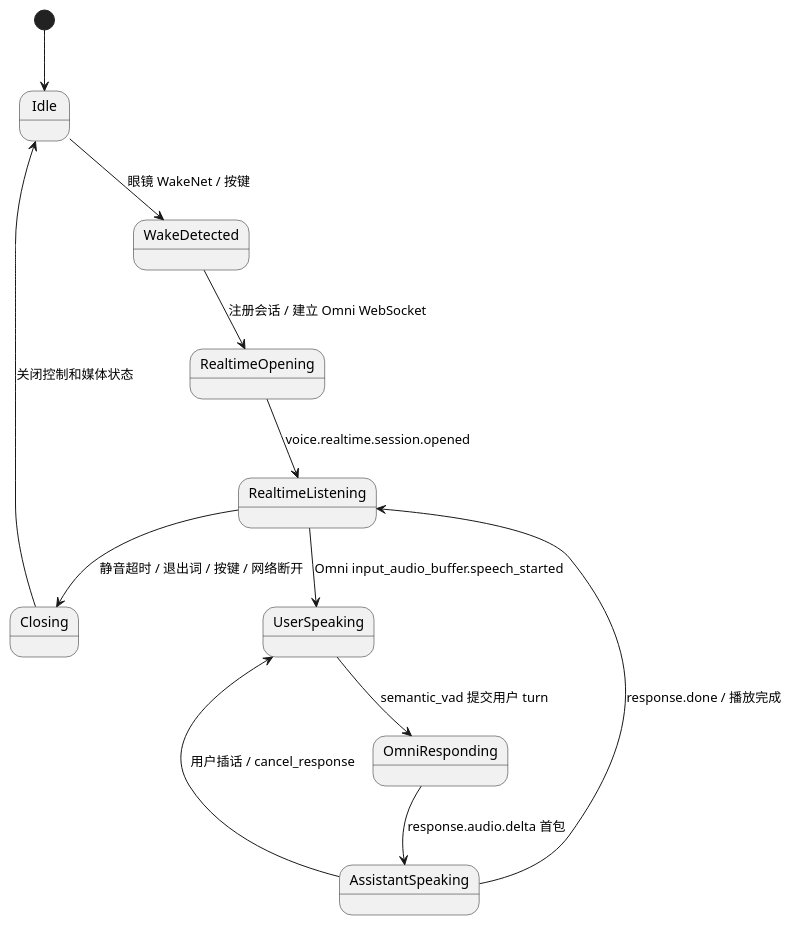
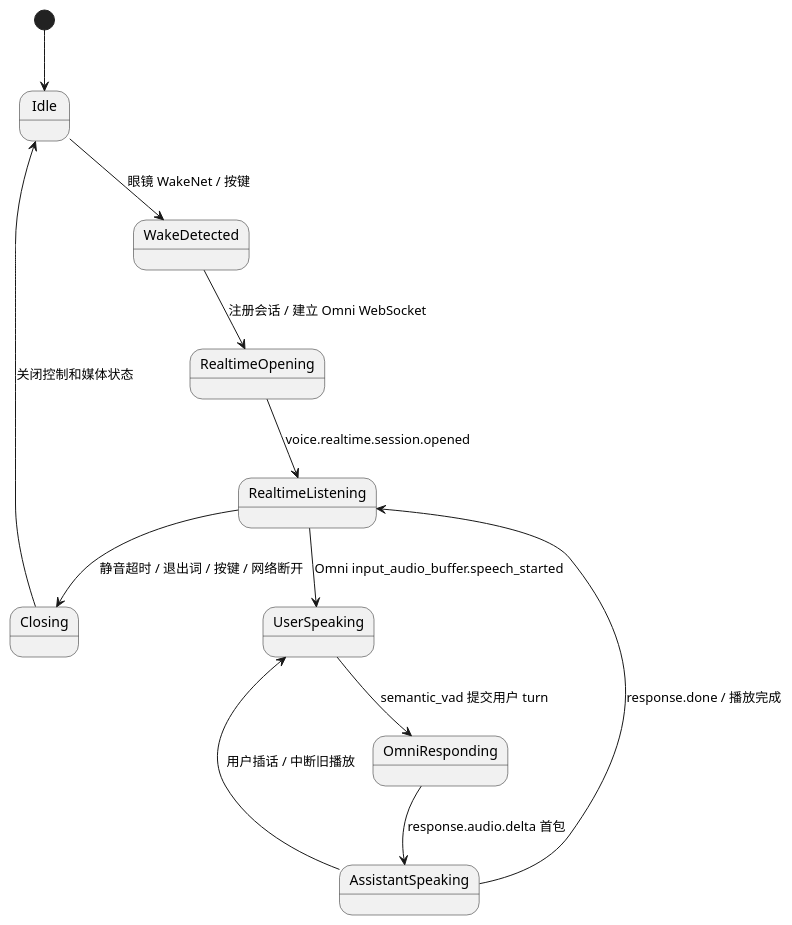
The first of 2 diagrams in openaiglass-sdk/docs/structure-design/Omni语义实时连续对话设计.md (HengeLiu/RealtimeAgent), drawn with PlantUML before and after one commit. The commit also changed other lines of this file and 10 other files, not shown here.

````diff
--- a/openaiglass-sdk/docs/structure-design/Omni语义实时连续对话设计.md
+++ b/openaiglass-sdk/docs/structure-design/Omni语义实时连续对话设计.md
@@ -35,18 +35,18 @@
 ```plantuml
 @startuml
 skinparam monochrome true
 
 [*] --> Idle
 Idle --> WakeDetected : 眼镜 WakeNet / 按键
 WakeDetected --> RealtimeOpening : 注册会话 / 建立 Omni WebSocket
 RealtimeOpening --> RealtimeListening : voice.realtime.session.opened
 RealtimeListening --> UserSpeaking : Omni input_audio_buffer.speech_started
 UserSpeaking --> OmniResponding : semantic_vad 提交用户 turn
 OmniResponding --> AssistantSpeaking : response.audio.delta 首包
 AssistantSpeaking --> RealtimeListening : response.done / 播放完成
-AssistantSpeaking --> UserSpeaking : 用户插话 / cancel_response
+AssistantSpeaking --> UserSpeaking : 用户插话 / 中断旧播放
 RealtimeListening --> Closing : 静音超时 / 退出词 / 按键 / 网络断开
 Closing --> Idle : 关闭控制和媒体状态
 
 @enduml
 ```
````
